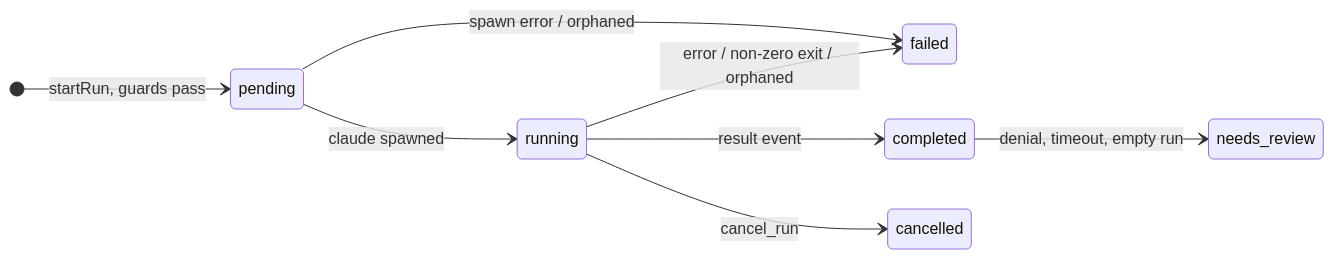
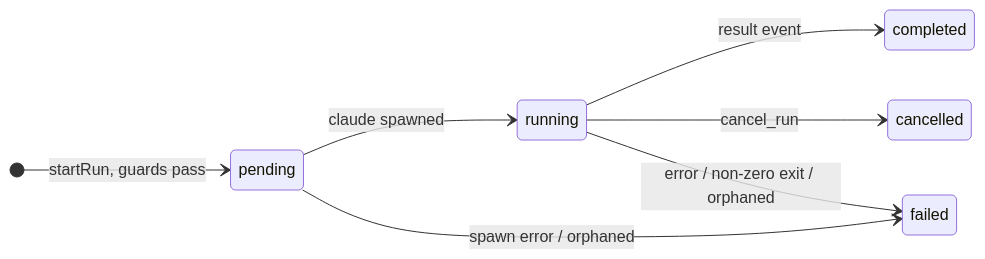
Before and after one commit to duskfleet/duskfleet: the second of 2 diagrams in README.md, drawn with Mermaid.

Commit message:
README: lifecycle diagram keeps the real statuses only
Claude-Session: https://claude.ai/code/session_014NZALZg54RZdNB9EhjesYs

````diff
--- a/README.md
+++ b/README.md
@@ -207,11 +207,10 @@
 ```mermaid
 stateDiagram-v2
     direction LR
     [*] --> pending : startRun, guards pass
     pending --> running : claude spawned
     pending --> failed : spawn error / orphaned
     running --> completed : result event
     running --> cancelled : cancel_run
     running --> failed : error / non-zero exit / orphaned
-    completed --> needs_review : denial, timeout, empty run
 ```
````
